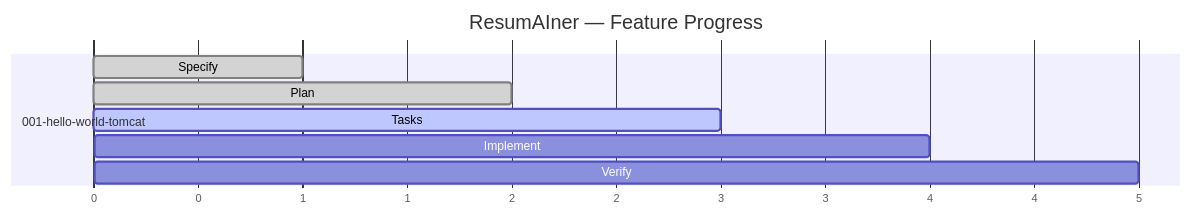
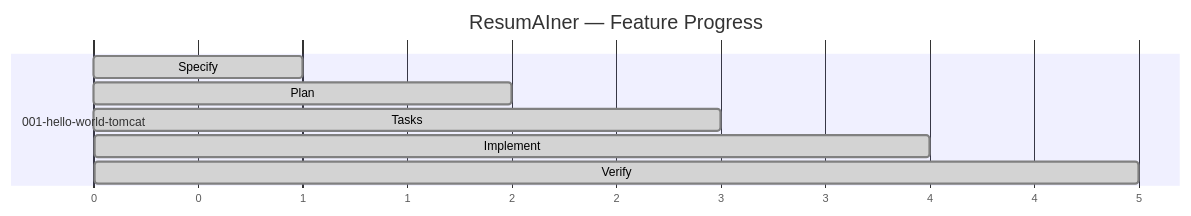
Before and after one commit to Anton-Ch/resumainer-java-vue-web-app: the first of 3 diagrams in specs/001-hello-world-tomcat/feature-status.md, drawn with Mermaid. The commit also changed other lines of this file, not shown here.

````diff
--- a/specs/001-hello-world-tomcat/feature-status.md
+++ b/specs/001-hello-world-tomcat/feature-status.md
@@ -8,13 +9,13 @@
 ```mermaid
 gantt
     title ResumAIner — Feature Progress
     dateFormat X
     axisFormat %s
 
     section 001-hello-world-tomcat
     Specify :done, spec, 0, 1
     Plan    :done, plan, 1, 2
-    Tasks   :active, tasks, 2, 3
-    Implement :impl, 3, 4
-    Verify  :veri, 4, 5
+    Tasks   :done, tasks, 2, 3
+    Implement :done, impl, 3, 4
+    Verify  :done, veri, 4, 5
 ```
````
